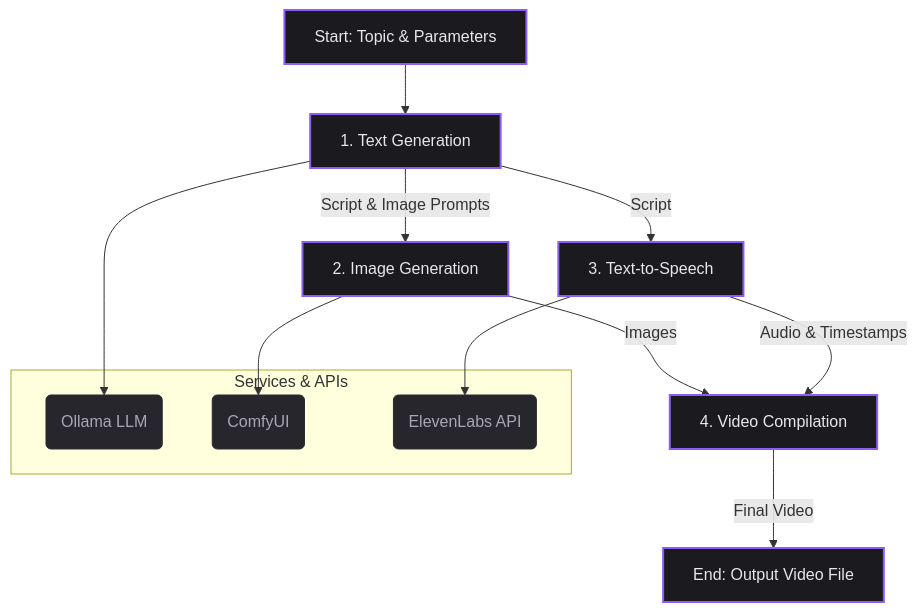
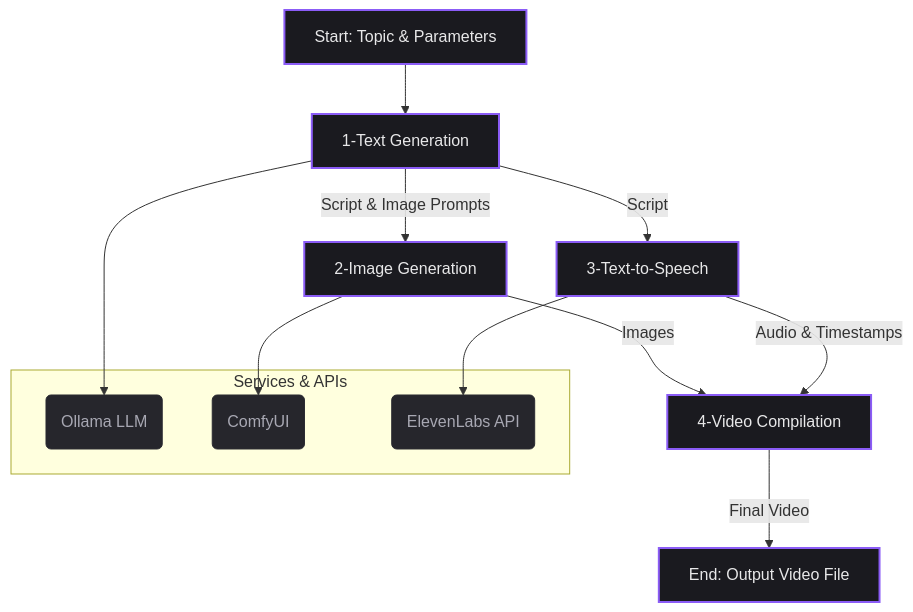
The first of 2 diagrams in README.md (MaLoskins/Milkfish-DIT), drawn with Mermaid before and after one commit.

Commit message:
mermaid syntax

````diff
--- a/README.md
+++ b/README.md
@@ -53,24 +53,24 @@
 ```mermaid
 graph TD
-    A[Start: Topic & Parameters] --> B[1. Text Generation];
-    B -- Script & Image Prompts --> C[2. Image Generation];
-    B -- Script --> D[3. Text-to-Speech];
-    C -- Images --> E[4. Video Compilation];
+    A[Start: Topic & Parameters] --> B[1-Text Generation];
+    B -- Script & Image Prompts --> C[2-Image Generation];
+    B -- Script --> D[3-Text-to-Speech];
+    C -- Images --> E[4-Video Compilation];
     D -- Audio & Timestamps --> E;
     E -- Final Video --> F[End: Output Video File];
 
     subgraph "Services & APIs"
         G(Ollama LLM)
         H(ComfyUI)
         I(ElevenLabs API)
     end
 
     B --> G;
     C --> H;
     D --> I;
 
     classDef main fill:#1a1a1f,stroke:#8b5cf6,stroke-width:2px,color:#e8e8e9;
     classDef service fill:#26262c,stroke:#2a2a32,stroke-width:1px,color:#a8a8b3;
     class A,B,C,D,E,F main;
     class G,H,I service;
 ```
````
